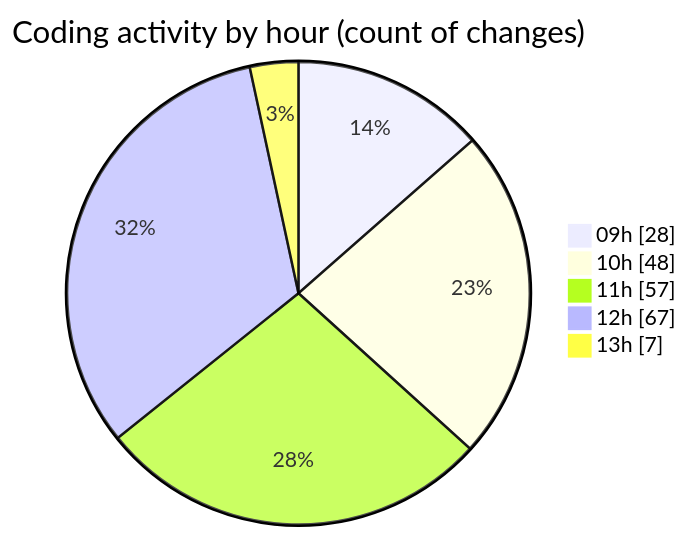
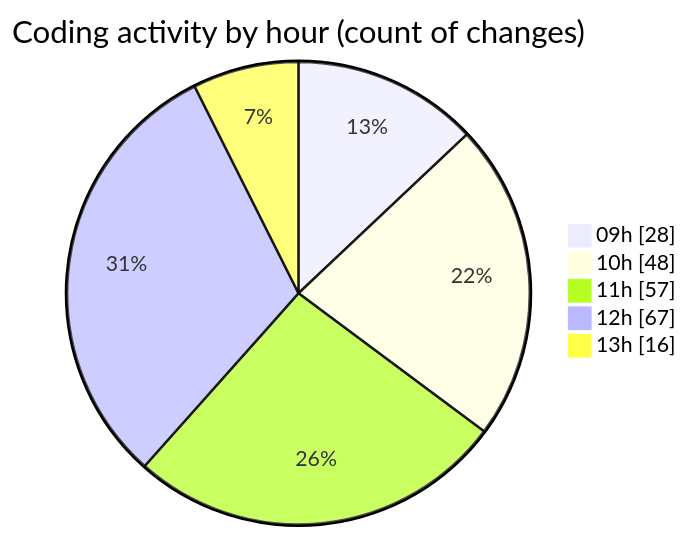
The second of 2 diagrams in 2026-07-30/cda/README.md (momahboobian/code-tracking), drawn with Mermaid before and after one commit. The commit also changed other lines of this file and 1 other file, not shown here.

````diff
--- a/2026-07-30/cda/README.md
+++ b/2026-07-30/cda/README.md
@@ -67,9 +68,9 @@
 ```mermaid
 pie showData
 title Coding activity by hour (count of changes)
 "09h" : 28
 "10h" : 48
 "11h" : 57
 "12h" : 67
-"13h" : 7
+"13h" : 16
 ```
````
